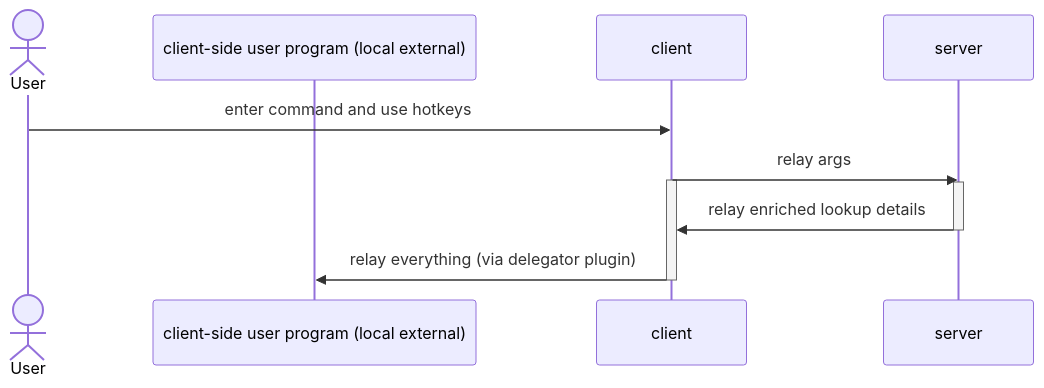
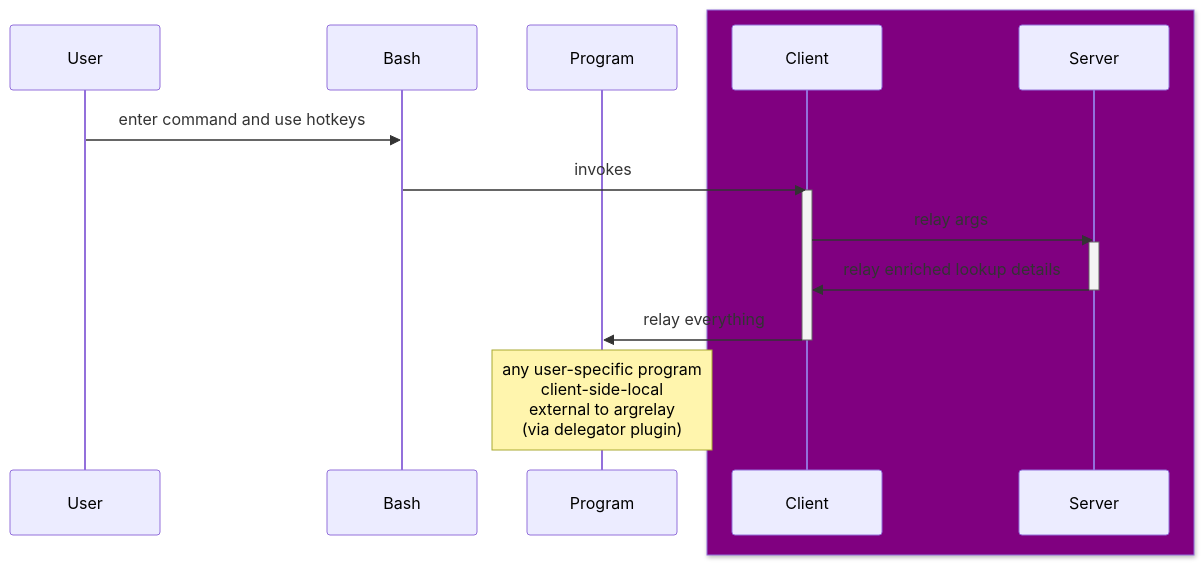
The diagram in readme.md (argrelay/argrelay), drawn with Mermaid before and after one commit.

Commit message:
Add Bash to the diagram

````diff
--- a/readme.md
+++ b/readme.md
@@ -78,15 +78,20 @@
 ```mermaid
 sequenceDiagram
-    actor U as User
-    participant P as client-side user program (local external)
-    participant C as client
-    participant S as server
-    U ->> C: enter command and use hotkeys
+    participant U as User
+    participant B as Bash
+    participant P as Program
+    box Purple
+    participant C as Client
+    participant S as Server
+    end
+    U ->> B: enter command and use hotkeys
+    B ->> C: invokes
+    activate C
     C ->> S: relay args
-    activate C
     activate S
     S ->> C: relay enriched lookup details
     deactivate S
-    C ->> P: relay everything (via delegator plugin)
+    C ->> P: relay everything
     deactivate C
+    Note over P: any user-specific program<br/>client-side-local<br/>external to argrelay<br/>(via delegator plugin)
 ```
````
